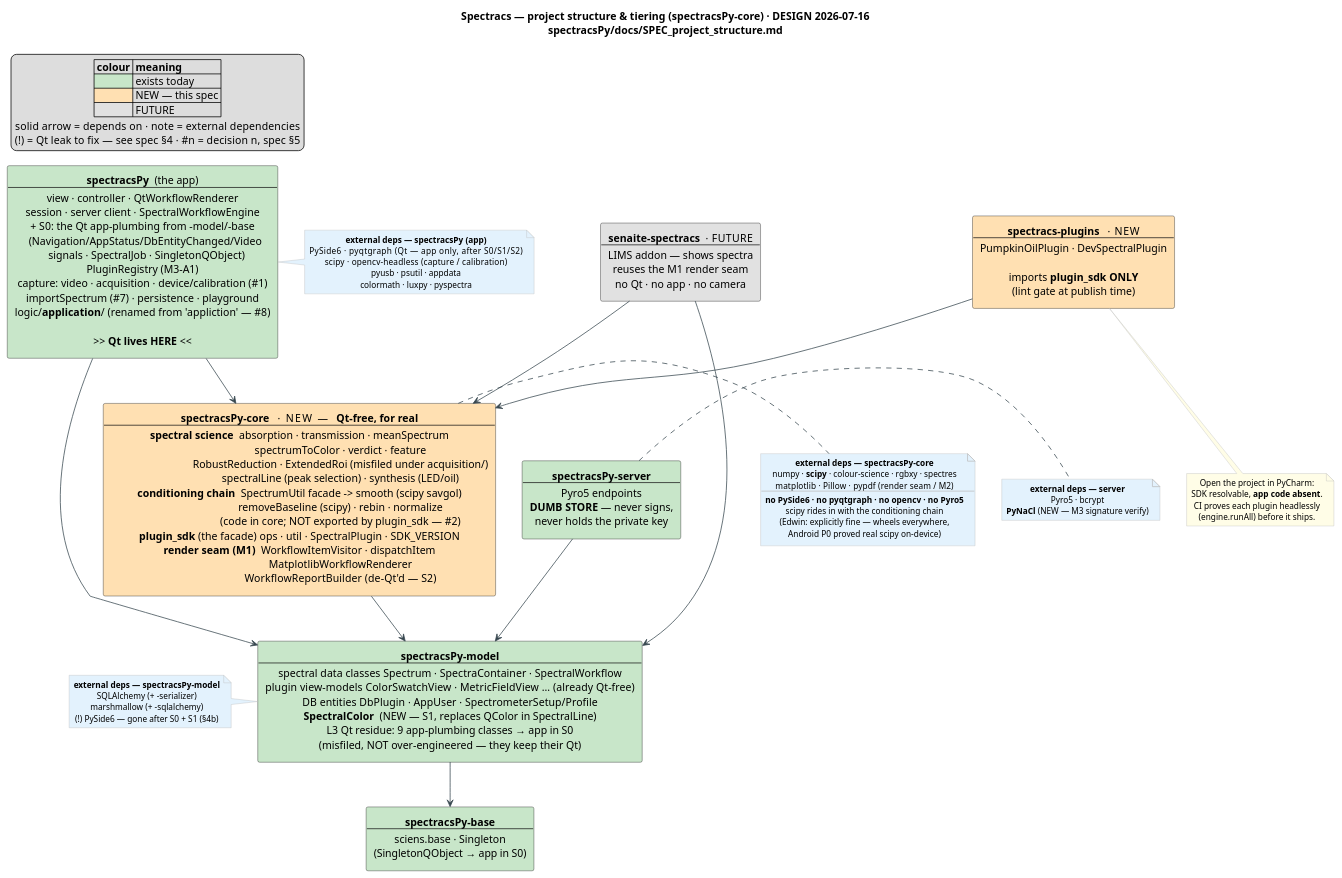
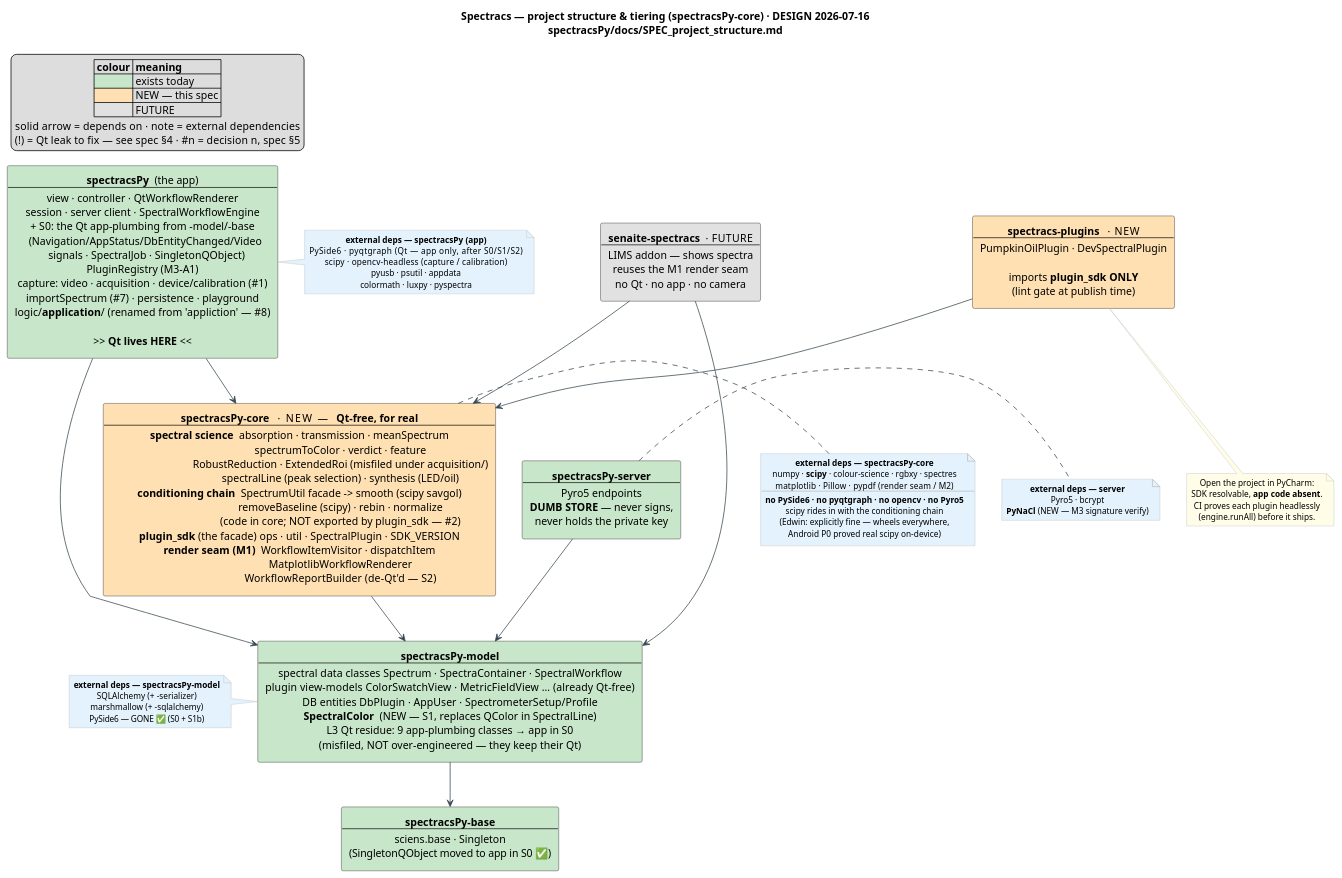
The diagram in project_structure.puml (nidwe72/spectracs-docs), drawn with PlantUML before and after one commit. The commit also changed 1 other file, not shown here.

Commit message:
Docs: diagram shows -model/-base Qt-free after S0 + S1b

```diff
--- a/project_structure.puml
+++ b/project_structure.puml
@@ -1,85 +1,85 @@
 @startuml project_structure
 title Spectracs — project structure & tiering (**spectracsPy-core**) · DESIGN 2026-07-16\nspectracsPy/docs/SPEC_project_structure.md
 
 skinparam shadowing false
 skinparam componentStyle rectangle
 skinparam defaultTextAlignment center
 skinparam nodeFontSize 12
 skinparam noteFontSize 11
 skinparam ArrowColor #37474F
 skinparam NoteBackgroundColor #FFFDE7
 skinparam NoteBorderColor #BDBDBD
 
 legend top left
   |= colour |= meaning |
   | <#C8E6C9> | exists today |
   | <#FFE0B2> | NEW — this spec |
   | <#E1E1E1> | FUTURE |
   solid arrow = depends on  ·  note = external dependencies
   (!) = Qt leak to fix — see spec §4  ·  #n = decision n, spec §5
 endlegend
 
 ' ===================== CONSUMERS (top) =====================
 rectangle "**spectracs-plugins**   ·  NEW\n----\nPumpkinOilPlugin · DevSpectralPlugin\n\nimports **plugin_sdk ONLY**\n(lint gate at publish time)" as PLUGINS #FFE0B2
 rectangle "**spectracsPy**  (the app)\n----\nview · controller · QtWorkflowRenderer\nsession · server client · SpectralWorkflowEngine\n+ S0: the Qt app-plumbing from -model/-base\n  (Navigation/AppStatus/DbEntityChanged/Video\n   signals · SpectralJob · SingletonQObject)\nPluginRegistry (M3-A1)\ncapture: video · acquisition · device/calibration (#1)\nimportSpectrum (#7) · persistence · playground\nlogic/**application**/ (renamed from 'appliction' — #8)\n\n>> **Qt lives HERE** <<" as APP #C8E6C9
 rectangle "**senaite-spectracs**  ·  FUTURE\n----\nLIMS addon — shows spectra\nreuses the M1 render seam\nno Qt · no app · no camera" as SENAITE #E1E1E1
 rectangle "**spectracsPy-server**\n----\nPyro5 endpoints\n**DUMB STORE** — never signs,\nnever holds the private key" as SERVER #C8E6C9
 
 ' ===================== THE NEW TIER =====================
 rectangle "**spectracsPy-core**   ·  NEW   —   **Qt-free, for real**\n----\n**spectral science**  absorption · transmission · meanSpectrum\n                              spectrumToColor · verdict · feature\n                              RobustReduction · ExtendedRoi (misfiled under acquisition/)\n                              spectralLine (peak selection) · synthesis (LED/oil)\n**conditioning chain**  SpectrumUtil facade -> smooth (scipy savgol)\n                              removeBaseline (scipy) · rebin · normalize\n                              (code in core; NOT exported by plugin_sdk — #2)\n**plugin_sdk** (the facade)  ops · util · SpectralPlugin · SDK_VERSION\n**render seam (M1)**  WorkflowItemVisitor · dispatchItem\n                              MatplotlibWorkflowRenderer\n                              WorkflowReportBuilder  (de-Qt'd — S2)" as CORE #FFE0B2
 
 ' ===================== FOUNDATION =====================
 rectangle "**spectracsPy-model**\n----\nspectral data classes  Spectrum · SpectraContainer · SpectralWorkflow\nplugin view-models  ColorSwatchView · MetricFieldView …  (already Qt-free)\nDB entities  DbPlugin · AppUser · SpectrometerSetup/Profile\n**SpectralColor**  (NEW — S1, replaces QColor in SpectralLine)\nL3 Qt residue: 9 app-plumbing classes → app in S0\n(misfiled, NOT over-engineered — they keep their Qt)" as MODEL #C8E6C9
-rectangle "**spectracsPy-base**\n----\nsciens.base · Singleton\n(SingletonQObject → app in S0)" as BASE #C8E6C9
+rectangle "**spectracsPy-base**\n----\nsciens.base · Singleton\n(SingletonQObject moved to app in S0 ✅)" as BASE #C8E6C9
 
 ' ===================== EDGES =====================
 PLUGINS  --> CORE
 APP      --> CORE
 SENAITE  --> CORE
 CORE     --> MODEL
 APP      --> MODEL
 SENAITE  --> MODEL
 SERVER   --> MODEL
 MODEL    --> BASE
 
 ' ===================== EXTERNAL DEPENDENCIES =====================
 note right of CORE #E3F2FD
   **external deps — spectracsPy-core**
   numpy · **scipy** · colour-science · rgbxy · spectres
   matplotlib · Pillow · pypdf   (render seam / M2)
   ----
   **no PySide6 · no pyqtgraph · no opencv · no Pyro5**
   scipy rides in with the conditioning chain
   (Edwin: explicitly fine — wheels everywhere,
   Android P0 proved real scipy on-device)
 end note
 
 note right of APP #E3F2FD
   **external deps — spectracsPy (app)**
   PySide6 · pyqtgraph        (Qt — app only, after S0/S1/S2)
   scipy · opencv-headless    (capture / calibration)
   pyusb · psutil · appdata
   colormath · luxpy · pyspectra
 end note
 
 note right of SERVER #E3F2FD
   **external deps — server**
   Pyro5 · bcrypt
   **PyNaCl** (NEW — M3 signature verify)
 end note
 
 note left of MODEL #E3F2FD
   **external deps — spectracsPy-model**
   SQLAlchemy (+ -serializer)
   marshmallow (+ -sqlalchemy)
-  (!) PySide6 — gone after S0 + S1 (§4b)
+  PySide6 — GONE ✅ (S0 + S1b)
 end note
 
 note bottom of PLUGINS
   Open the project in PyCharm:
   SDK resolvable, **app code absent**.
   CI proves each plugin headlessly
   (engine.runAll) before it ships.
 end note
 
 @enduml
```
